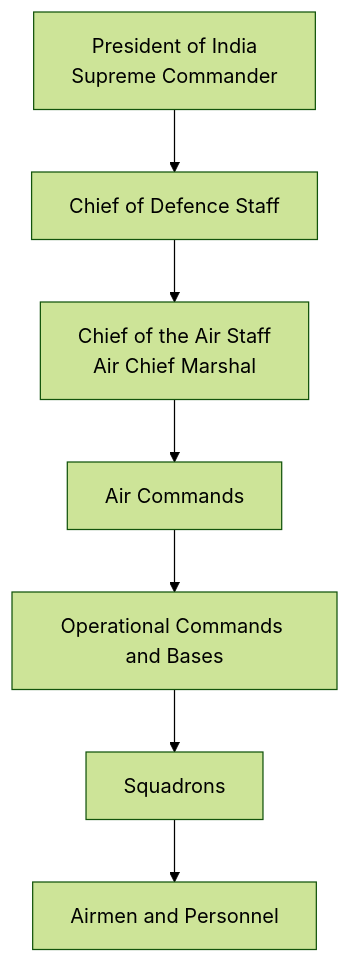
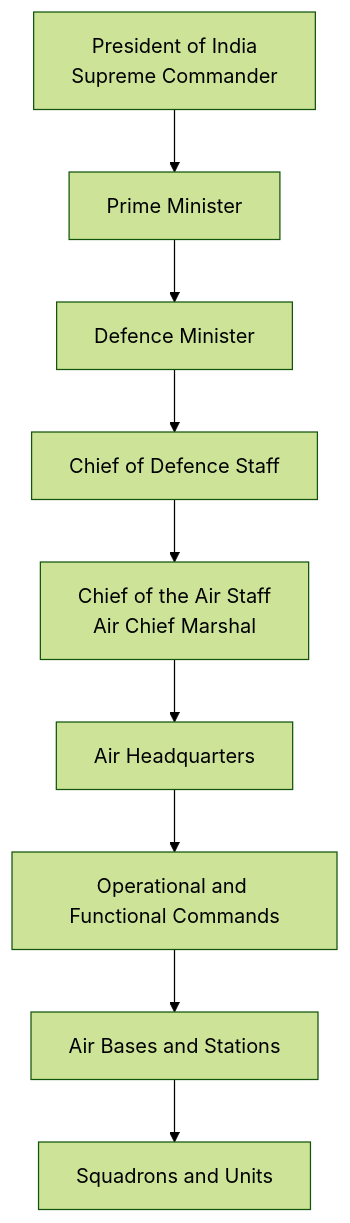
Before and after one commit to abhijitxroy/india: the first of 3 diagrams in 24-defence-and-national-security/armed-forces/air-force-rank-structure.md, drawn with Mermaid (forest theme). The commit also changed other lines of this file and 113 other files, not shown here.

````diff
--- a/24-defence-and-national-security/armed-forces/air-force-rank-structure.md
+++ b/24-defence-and-national-security/armed-forces/air-force-rank-structure.md
@@ -16,9 +16,12 @@
 ```mermaid
 flowchart TD
-    A[President of India<br/>Supreme Commander] --> B[Chief of Defence Staff]
-    B --> C[Chief of the Air Staff<br/>Air Chief Marshal]
-    C --> D[Air Commands]
-    D --> E[Operational Commands and Bases]
-    E --> F[Squadrons]
-    F --> G[Airmen and Personnel]
+    A[President of India<br/>Supreme Commander]
+    A --> B[Prime Minister]
+    B --> C[Defence Minister]
+    C --> D[Chief of Defence Staff]
+    D --> E[Chief of the Air Staff<br/>Air Chief Marshal]
+    E --> F[Air Headquarters]
+    F --> G[Operational and Functional Commands]
+    G --> H[Air Bases and Stations]
+    H --> I[Squadrons and Units]
 ```
````
